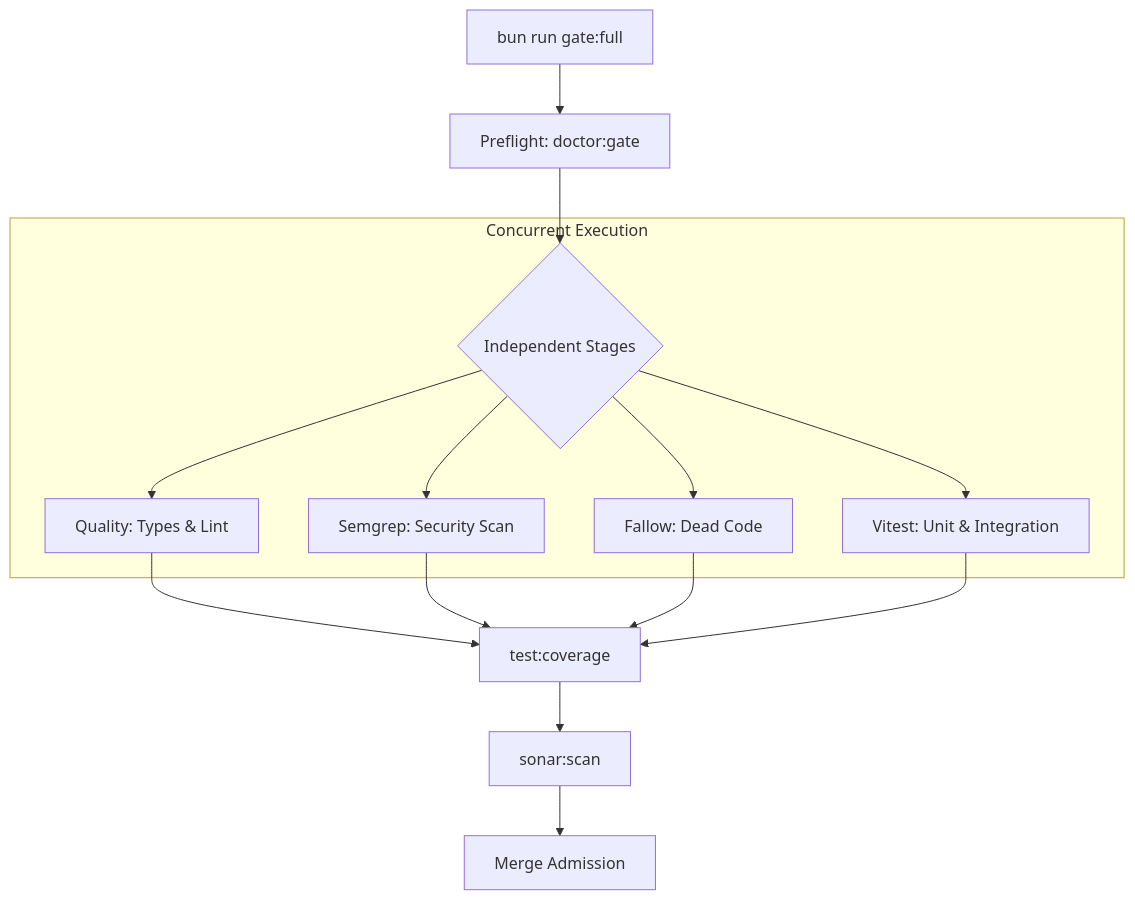
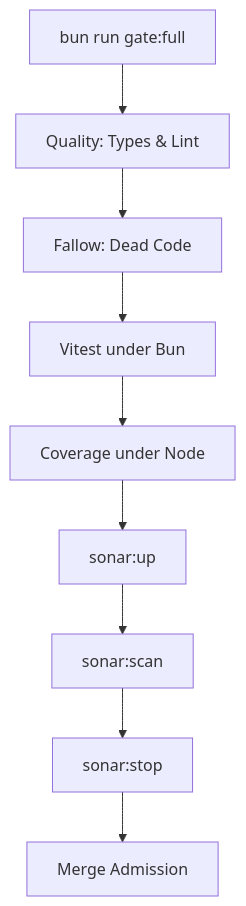
One commit to immagiov4/Nous changed the first of 2 diagrams in .cubic/wiki/09-section-tools/02-p-testing-quality.md. Above: the diagram before and after it, drawn with Mermaid. The commit also changed other lines of this file and 18 other files, not shown here.

````diff
--- a/.cubic/wiki/09-section-tools/02-p-testing-quality.md
+++ b/.cubic/wiki/09-section-tools/02-p-testing-quality.md
@@ -45,16 +45,11 @@
 ```mermaid
 flowchart TD
-    Start[bun run gate:full] --> Pre[Preflight: doctor:gate]
-    Pre --> Independent{Independent Stages}
-    
-    subgraph Parallel[Concurrent Execution]
-        Independent --> Q[Quality: Types & Lint]
-        Independent --> S[Semgrep: Security Scan]
-        Independent --> F[Fallow: Dead Code]
-        Independent --> T[Vitest: Unit & Integration]
-    end
-    
-    Q & S & F & T --> Cov[test:coverage]
-    Cov --> Sonar[sonar:scan]
-    Sonar --> End[Merge Admission]
+    Start[bun run gate:full] --> Q[Quality: Types & Lint]
+    Q --> F[Fallow: Dead Code]
+    F --> T[Vitest under Bun]
+    T --> Cov[Coverage under Node]
+    Cov --> Up[sonar:up]
+    Up --> Sonar[sonar:scan]
+    Sonar --> Stop[sonar:stop]
+    Stop --> End[Merge Admission]
 ```
````
